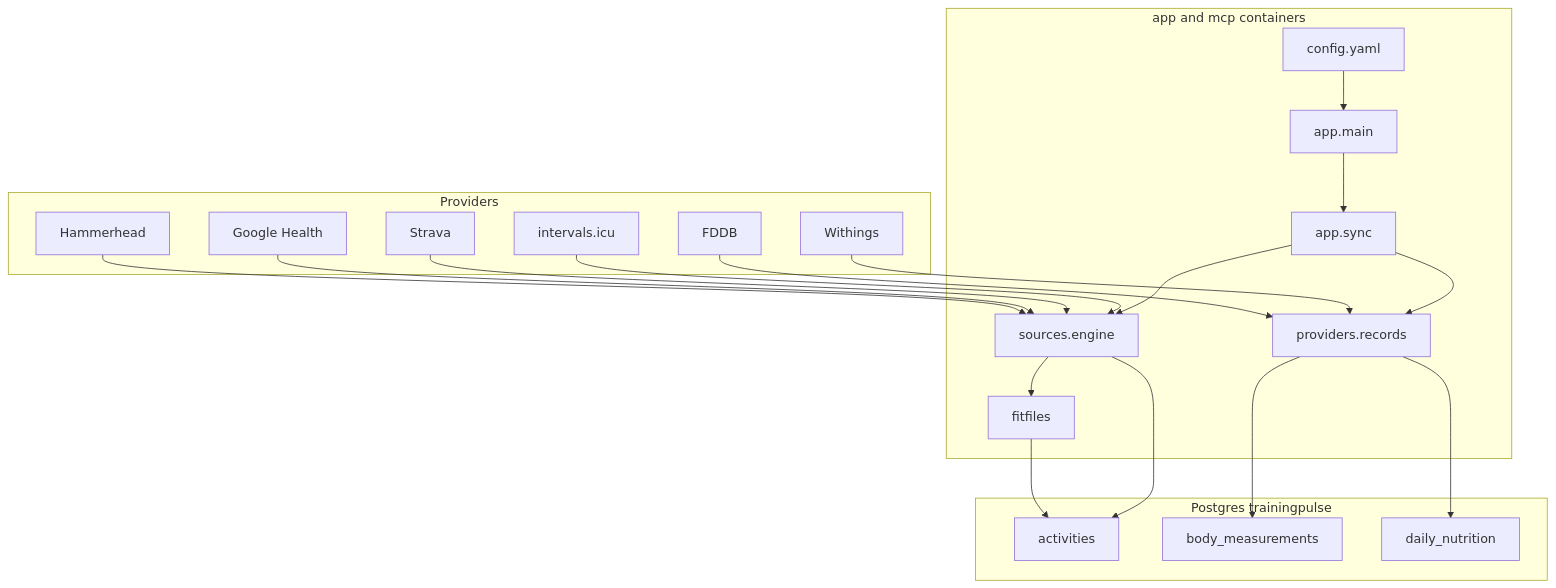
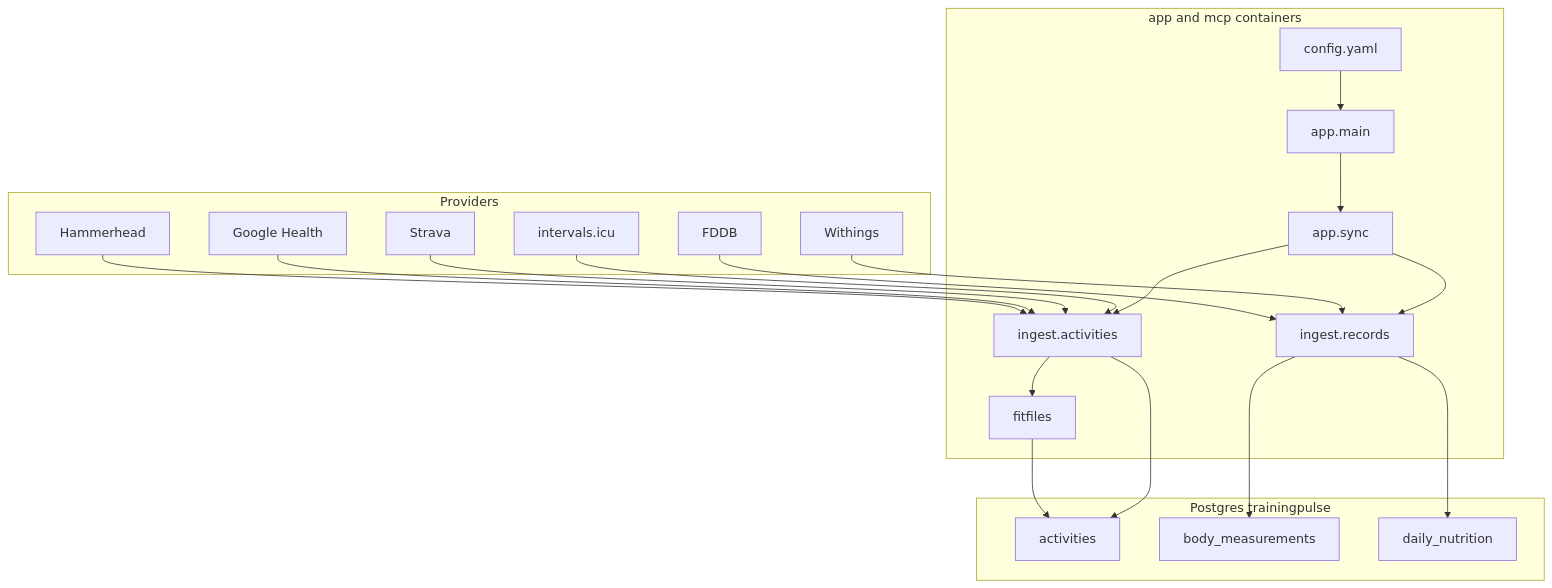
The diagram in docs/developers.md (mkuf/TrainingPulse), drawn with Mermaid before and after one commit. The commit also changed other lines of this file and 29 other files, not shown here.

First line of the commit message:
merge sources/ into providers/, move sync engines to ingest/

````diff
--- a/docs/developers.md
+++ b/docs/developers.md
@@ -21,39 +21,39 @@
 ```mermaid
 flowchart TB
   subgraph providers [Providers]
     ICU[intervals.icu]
     Strava[Strava]
     GHealth[Google Health]
     Hammerhead[Hammerhead]
     Withings[Withings]
     FDDB[FDDB]
   end
   subgraph app_container [app and mcp containers]
     Cfg[config.yaml]
     Main[app.main]
     Sync[app.sync]
-    Engine[sources.engine]
-    Records[providers.records]
+    Engine[ingest.activities]
+    Records[ingest.records]
     Fit[fitfiles]
     Cfg --> Main
     Main --> Sync
     Sync --> Engine
     Sync --> Records
     Engine --> Fit
   end
   subgraph pg [Postgres trainingpulse]
     Acts[activities]
     Body[body_measurements]
     Nut[daily_nutrition]
   end
   ICU --> Engine
   Strava --> Engine
   GHealth --> Engine
   Hammerhead --> Engine
   Withings --> Records
   FDDB --> Records
   Engine --> Acts
   Fit --> Acts
   Records --> Body
   Records --> Nut
 ```
````
